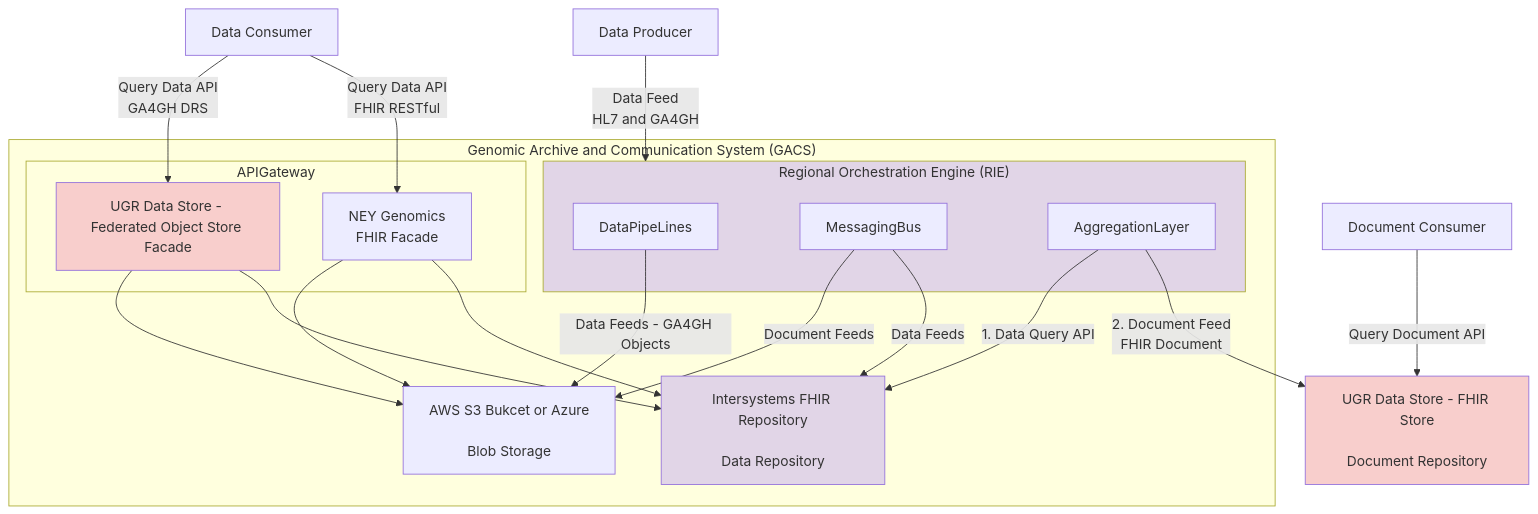
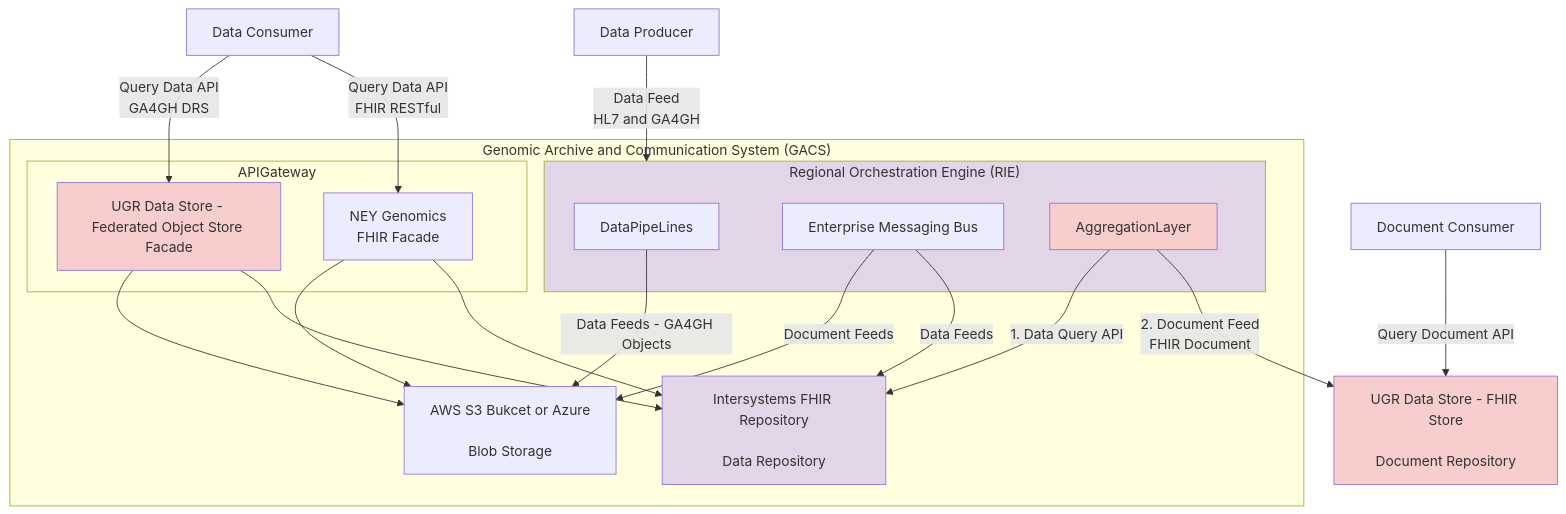
The diagram in Design/overview.mermaid (uk-gov-mirror/nw-gmsa.nw-gmsa.github.com), drawn with Mermaid before and after one commit.

Commit message:
Overview diagram

```diff
--- a/Design/overview.mermaid
+++ b/Design/overview.mermaid
@@ -1,47 +1,47 @@
 graph
 
 subgraph TD GACS["Genomic Archive and Communication System (GACS)"];
     subgraph RIE["Regional Orchestration Engine (RIE)"];
         DataPipeLines
-        MessagingBus
+        MessagingBus[Enterprise Messaging Bus]
         AggregationLayer
     end
 
     FHIRRepository[Intersystems FHIR Repository<br/><br/>Data Repository]
     S3[AWS S3 Bukcet or Azure<br/><br/>Blob Storage]
 
     subgraph APIGateway;
         APIGatewayNHS[NEY Genomics<br/>FHIR Facade]
         APIGatewayUGR[UGR Data Store - Federated Object Store Facade]
     end
     MessagingBus --> |Data Feeds| FHIRRepository
     MessagingBus --> |Document Feeds| S3
     DataPipeLines --> |Data Feeds - GA4GH Objects| S3
 end
 
 UGR[UGR Data Store - FHIR Store<br/><br/>Document Repository]
 
 AggregationLayer --> |2. Document Feed<br/>FHIR Document| UGR
 AggregationLayer --> |1. Data Query API| FHIRRepository
 
 DataConsumer[Data Consumer]
 DocumentConsumer[Document Consumer]
 DataProducer[Data Producer]
 
 DataConsumer --> |Query Data API<br/>FHIR RESTful| APIGatewayNHS
 DataConsumer --> |Query Data API<br/>GA4GH DRS| APIGatewayUGR
 
 DocumentConsumer --> |Query Document API| UGR
 APIGatewayNHS --> FHIRRepository
 APIGatewayNHS --> S3
 
 APIGatewayUGR --> FHIRRepository
 APIGatewayUGR --> S3
 
 DataProducer --> |Data Feed<br/>HL7 and GA4GH| RIE
 
 classDef purple fill:#E1D5E7;
 classDef pink fill:#F8CECC;
 
 class RIE,FHIRRepository purple;
-class UGR,APIGatewayUGR pink;
+class UGR,APIGatewayUGR,AggregationLayer pink;
```
